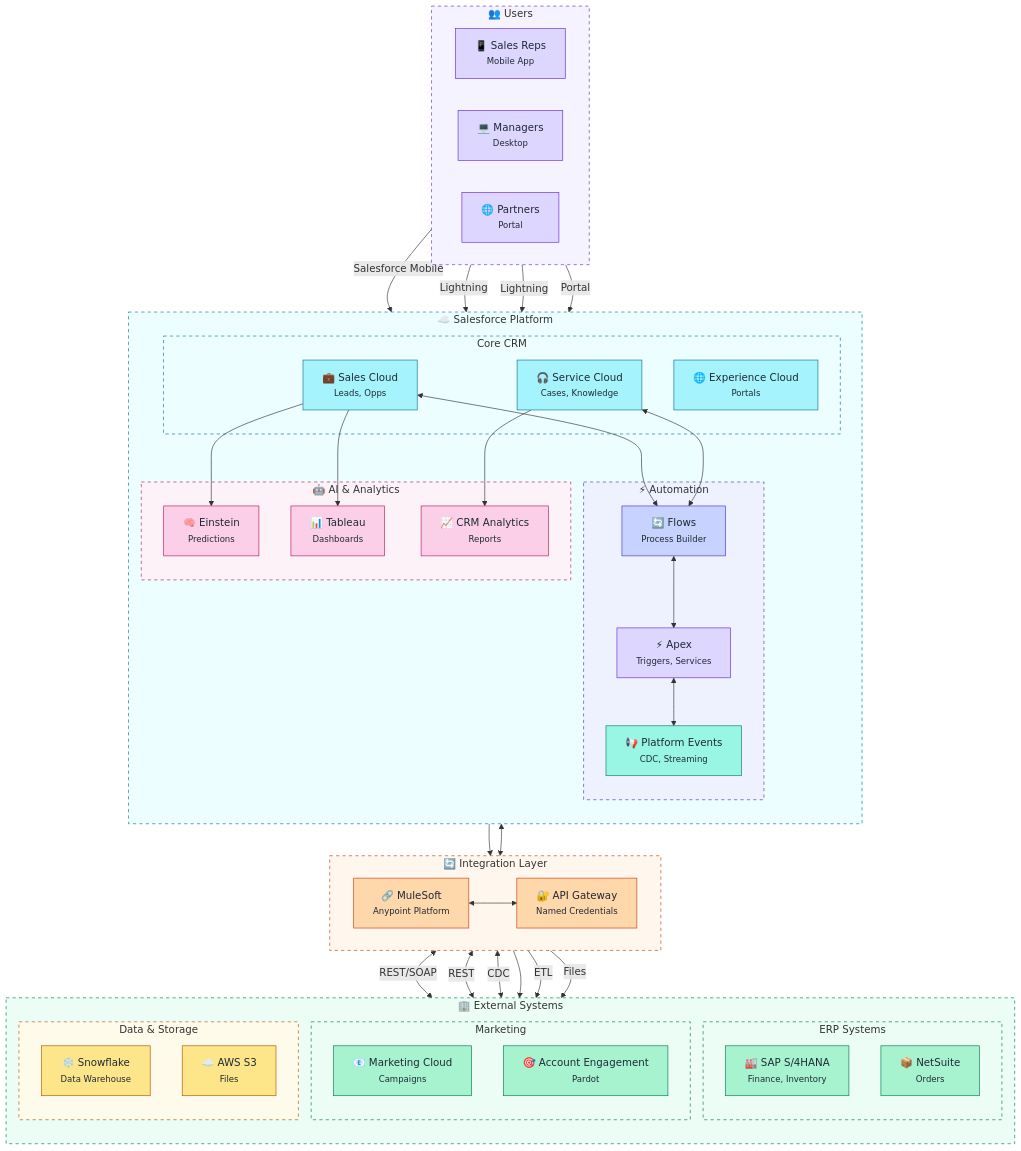
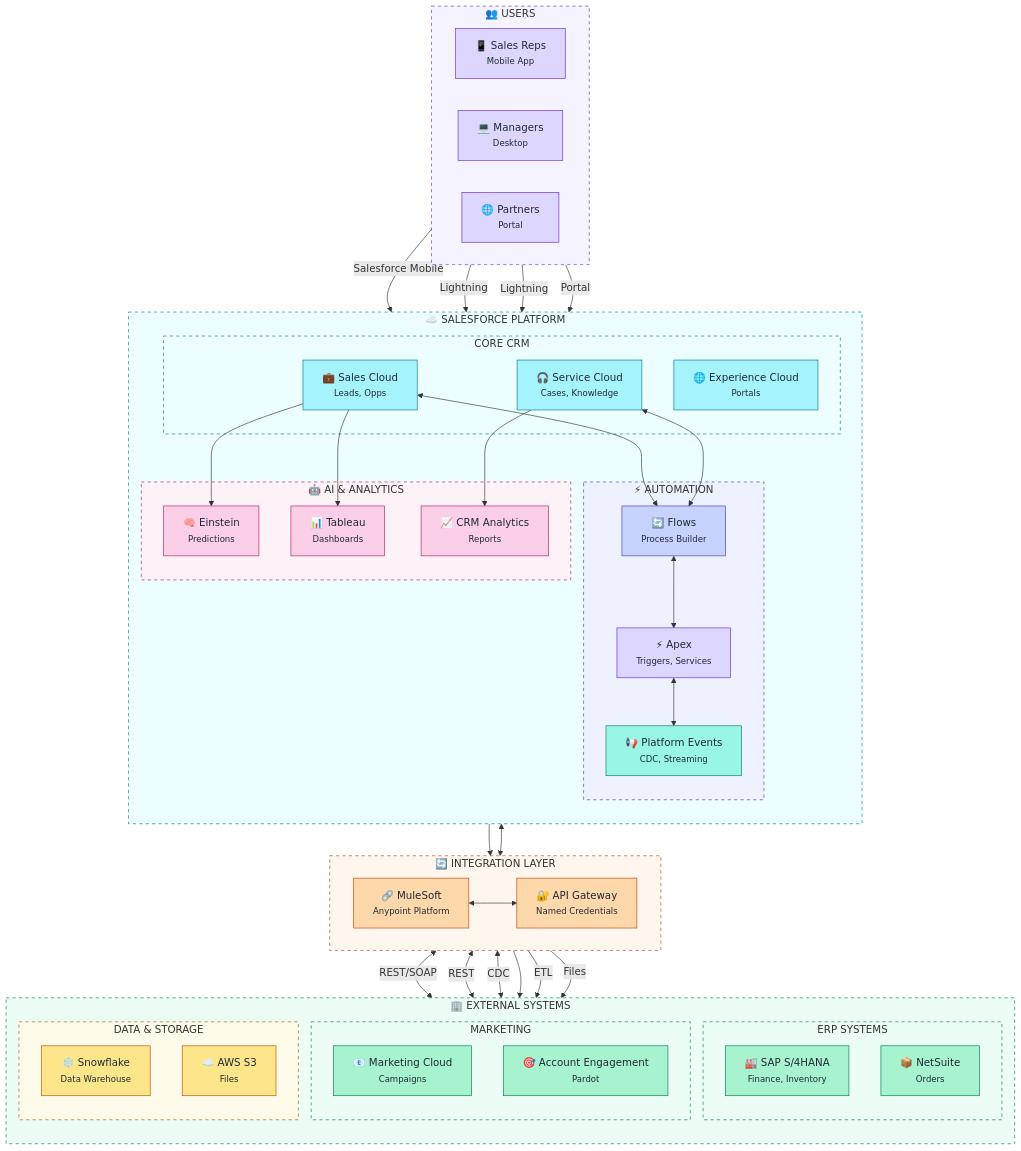
The first of 2 diagrams in sf-diagram/templates/architecture/system-landscape.md (JuddLehmkuhl/sf-skills), drawn with Mermaid before and after one commit. The commit also changed other lines of this file and 3 other files, not shown here.

````diff
--- a/sf-diagram/templates/architecture/system-landscape.md
+++ b/sf-diagram/templates/architecture/system-landscape.md
@@ -13,54 +13,54 @@
 ```mermaid
 flowchart TB
-    subgraph users["👥 Users"]
+    subgraph users["👥 USERS"]
         direction LR
         U1["📱 Sales Reps<br/><small>Mobile App</small>"]
         U2["💻 Managers<br/><small>Desktop</small>"]
         U3["🌐 Partners<br/><small>Portal</small>"]
     end
 
-    subgraph salesforce["☁️ Salesforce Platform"]
+    subgraph salesforce["☁️ SALESFORCE PLATFORM"]
         direction TB
 
-        subgraph core["Core CRM"]
+        subgraph core["CORE CRM"]
             SF1["💼 Sales Cloud<br/><small>Leads, Opps</small>"]
             SF2["🎧 Service Cloud<br/><small>Cases, Knowledge</small>"]
             SF3["🌐 Experience Cloud<br/><small>Portals</small>"]
         end
 
-        subgraph automation["⚡ Automation"]
+        subgraph automation["⚡ AUTOMATION"]
             FL["🔄 Flows<br/><small>Process Builder</small>"]
             AP["⚡ Apex<br/><small>Triggers, Services</small>"]
             PE["📢 Platform Events<br/><small>CDC, Streaming</small>"]
         end
 
-        subgraph ai["🤖 AI & Analytics"]
+        subgraph ai["🤖 AI & ANALYTICS"]
             EIN["🧠 Einstein<br/><small>Predictions</small>"]
             TB["📊 Tableau<br/><small>Dashboards</small>"]
             CRM["📈 CRM Analytics<br/><small>Reports</small>"]
         end
     end
 
-    subgraph integration["🔄 Integration Layer"]
+    subgraph integration["🔄 INTEGRATION LAYER"]
         direction LR
         MW["🔗 MuleSoft<br/><small>Anypoint Platform</small>"]
         API["🔐 API Gateway<br/><small>Named Credentials</small>"]
     end
 
-    subgraph external["🏢 External Systems"]
+    subgraph external["🏢 EXTERNAL SYSTEMS"]
         direction TB
 
-        subgraph erp["ERP Systems"]
+        subgraph erp["ERP SYSTEMS"]
             SAP["🏭 SAP S/4HANA<br/><small>Finance, Inventory</small>"]
             NET["📦 NetSuite<br/><small>Orders</small>"]
         end
 
-        subgraph marketing["Marketing"]
+        subgraph marketing["MARKETING"]
             MC["📧 Marketing Cloud<br/><small>Campaigns</small>"]
             PAR["🎯 Account Engagement<br/><small>Pardot</small>"]
         end
 
-        subgraph data["Data & Storage"]
+        subgraph data["DATA & STORAGE"]
             DW["❄️ Snowflake<br/><small>Data Warehouse</small>"]
             S3["☁️ AWS S3<br/><small>Files</small>"]
         end
````
